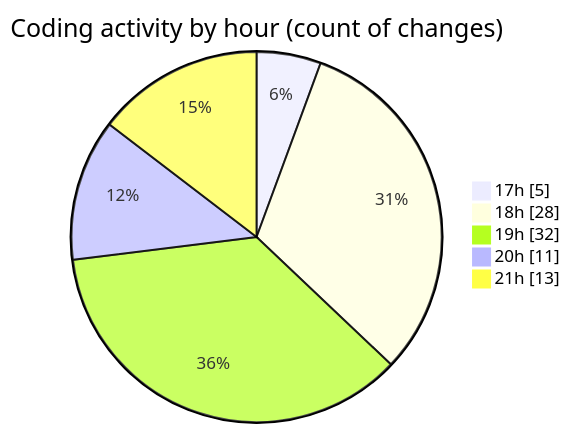
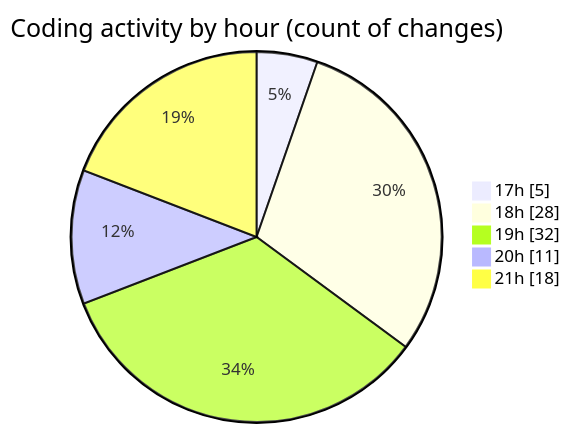
The second of 2 diagrams in 2025-01-01/uber_clone/README.md (donsfak/code-tracking), drawn with Mermaid before and after one commit. The commit also changed other lines of this file and 1 other file, not shown here.

````diff
--- a/2025-01-01/uber_clone/README.md
+++ b/2025-01-01/uber_clone/README.md
@@ -44,9 +44,9 @@
 ```mermaid
 pie showData
 title Coding activity by hour (count of changes)
 "17h" : 5
 "18h" : 28
 "19h" : 32
 "20h" : 11
-"21h" : 13
+"21h" : 18
 ```
````
